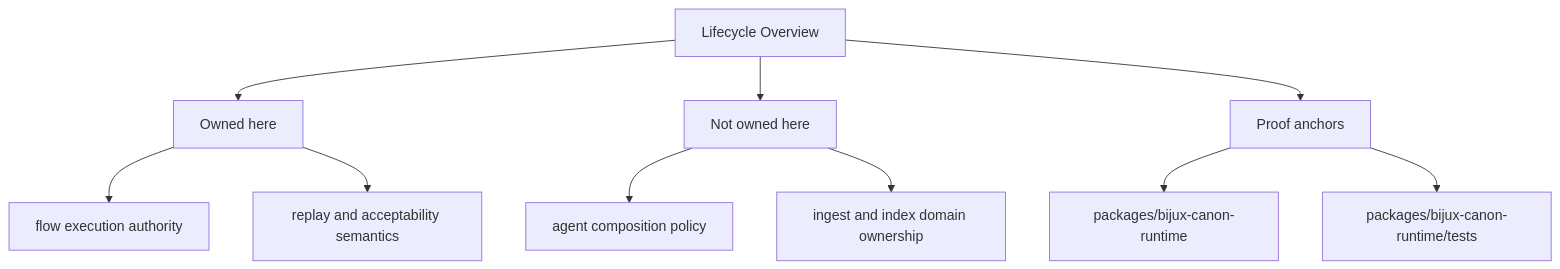
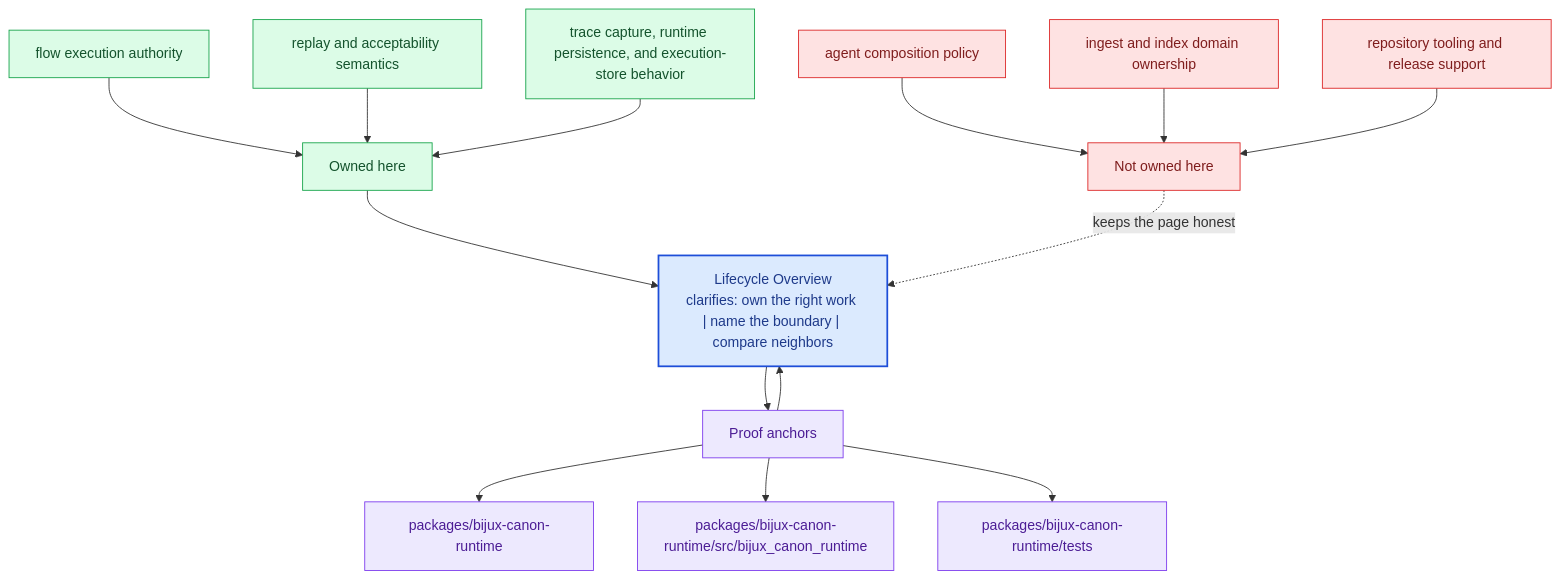
One commit to bijux/bijux-canon changed the second of 2 diagrams in docs/bijux-canon-runtime/foundation/lifecycle-overview.md. Above: the diagram before and after it, drawn with Mermaid. The commit also changed other lines of this file and 281 other files, not shown here.

Commit message:
docs(diagrams): deepen handbook mermaid maps across the catalog

````diff
--- a/docs/bijux-canon-runtime/foundation/lifecycle-overview.md
+++ b/docs/bijux-canon-runtime/foundation/lifecycle-overview.md
@@ -36,22 +69,40 @@
 ```mermaid
-flowchart TD
-    page["Lifecycle Overview"]
+flowchart TB
+    promise["Lifecycle Overview<br/>clarifies: own the right work | name the boundary | compare neighbors"]
+    classDef promise fill:#dbeafe,stroke:#1d4ed8,color:#1e3a8a,stroke-width:2px;
+    classDef driver fill:#dcfce7,stroke:#16a34a,color:#14532d;
+    classDef constraint fill:#fee2e2,stroke:#dc2626,color:#7f1d1d;
+    classDef ground fill:#ede9fe,stroke:#7c3aed,color:#4c1d95;
     focus1["Owned here"]
-    page --> focus1
+    focus1 --> promise
     focus1_1["flow execution authority"]
-    focus1 --> focus1_1
+    focus1_1 --> focus1
     focus1_2["replay and acceptability semantics"]
-    focus1 --> focus1_2
+    focus1_2 --> focus1
+    focus1_3["trace capture, runtime persistence, and execution-store behavior"]
+    focus1_3 --> focus1
+    class focus1 driver;
+    class focus1_1,focus1_2,focus1_3 driver;
     focus2["Not owned here"]
-    page --> focus2
+    focus2 -.keeps the page honest.-> promise
     focus2_1["agent composition policy"]
-    focus2 --> focus2_1
+    focus2_1 --> focus2
     focus2_2["ingest and index domain ownership"]
-    focus2 --> focus2_2
+    focus2_2 --> focus2
+    focus2_3["repository tooling and release support"]
+    focus2_3 --> focus2
+    class focus2 constraint;
+    class focus2_1,focus2_2,focus2_3 constraint;
     focus3["Proof anchors"]
-    page --> focus3
+    focus3 --> promise
+    promise --> focus3
     focus3_1["packages/bijux-canon-runtime"]
     focus3 --> focus3_1
-    focus3_2["packages/bijux-canon-runtime/tests"]
+    focus3_2["packages/bijux-canon-runtime/src/bijux_canon_runtime"]
     focus3 --> focus3_2
+    focus3_3["packages/bijux-canon-runtime/tests"]
+    focus3 --> focus3_3
+    class focus3 ground;
+    class focus3_1,focus3_2,focus3_3 ground;
+    class promise promise;
 ```
````
